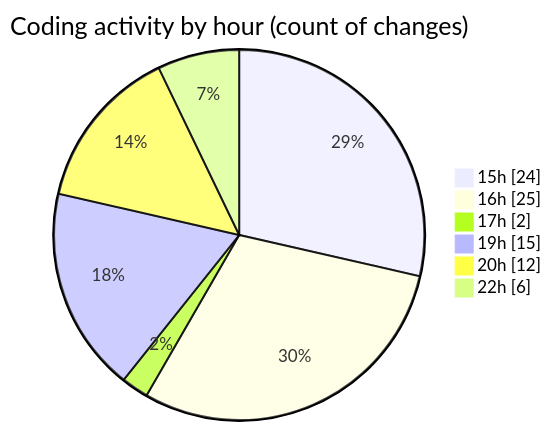
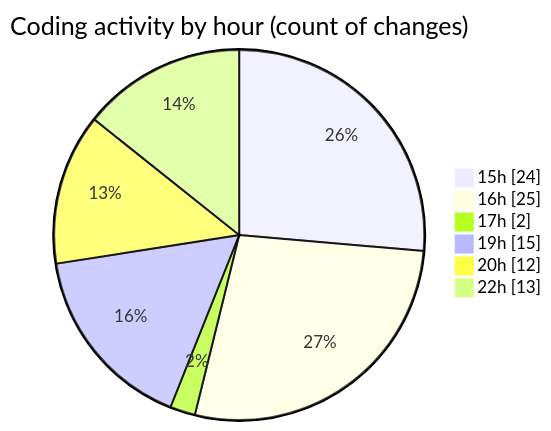
One commit to EIIisD/code-tracking changed the second of 2 diagrams in 2025-07-31/tw-server/README.md. Above: the diagram before and after it, drawn with Mermaid. The commit also changed other lines of this file and 1 other file, not shown here.

````diff
--- a/2025-07-31/tw-server/README.md
+++ b/2025-07-31/tw-server/README.md
@@ -44,10 +46,10 @@
 ```mermaid
 pie showData
 title Coding activity by hour (count of changes)
 "15h" : 24
 "16h" : 25
 "17h" : 2
 "19h" : 15
 "20h" : 12
-"22h" : 6
+"22h" : 13
 ```
````
